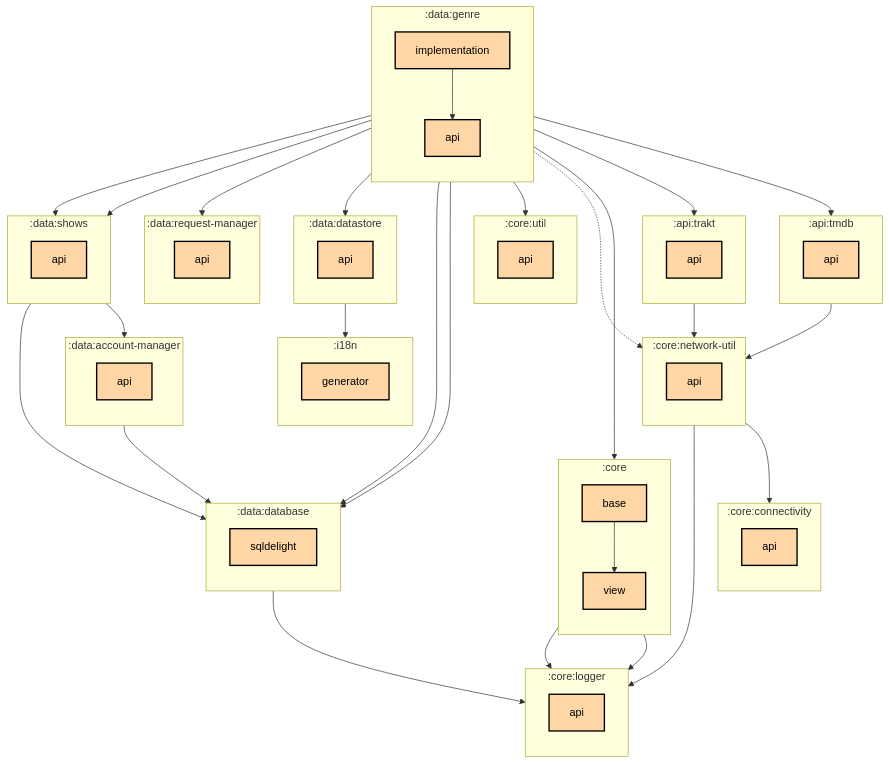
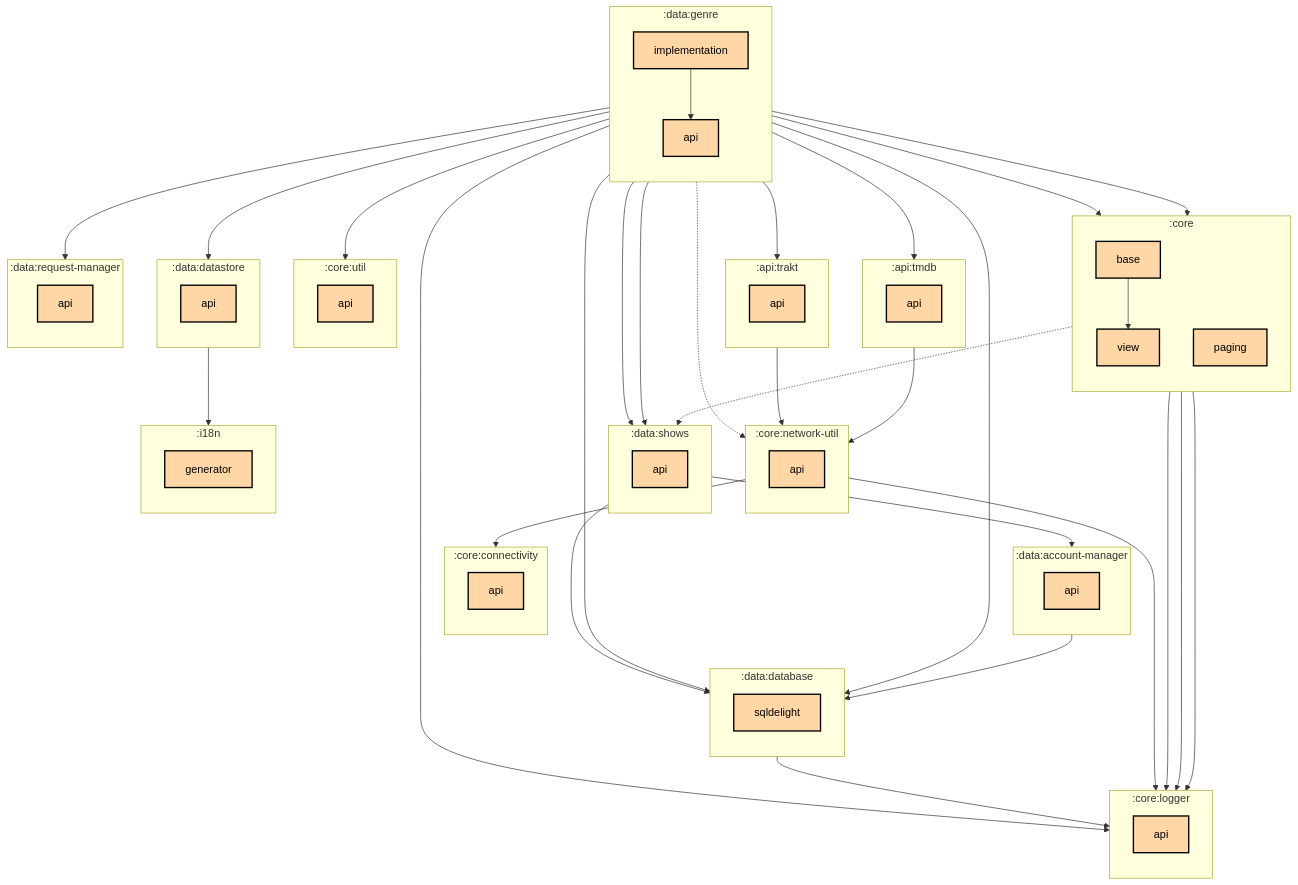
Before and after one commit to thomaskioko/tv-maniac: the first of 2 diagrams in data/genre/implementation/README.md, drawn with Mermaid. The commit also changed 22 other files, not shown here.

First line of the commit message:
feat: Add a paged genre shows source (#1377)

```diff
--- a/data/genre/implementation/README.md
+++ b/data/genre/implementation/README.md
@@ -16,6 +16,7 @@
   subgraph :core
     direction TB
     :core:base[base]:::multiplatform
+    :core:paging[paging]:::multiplatform
     :core:view[view]:::multiplatform
   end
   subgraph :core:connectivity
@@ -70,6 +71,8 @@
   :core:base --> :core:view
   :core:network-util:api --> :core:connectivity:api
   :core:network-util:api --> :core:logger:api
+  :core:paging --> :core:logger:api
+  :core:paging -.-> :data:shows:api
   :core:view --> :core:logger:api
   :data:account-manager:api --> :data:database:sqldelight
   :data:database:sqldelight --> :core:logger:api
@@ -79,7 +82,9 @@
   :data:genre:implementation --> :api:tmdb:api
   :data:genre:implementation --> :api:trakt:api
   :data:genre:implementation --> :core:base
+  :data:genre:implementation --> :core:logger:api
   :data:genre:implementation -.-> :core:network-util:api
+  :data:genre:implementation --> :core:paging
   :data:genre:implementation --> :core:util:api
   :data:genre:implementation --> :data:database:sqldelight
   :data:genre:implementation --> :data:datastore:api
```
